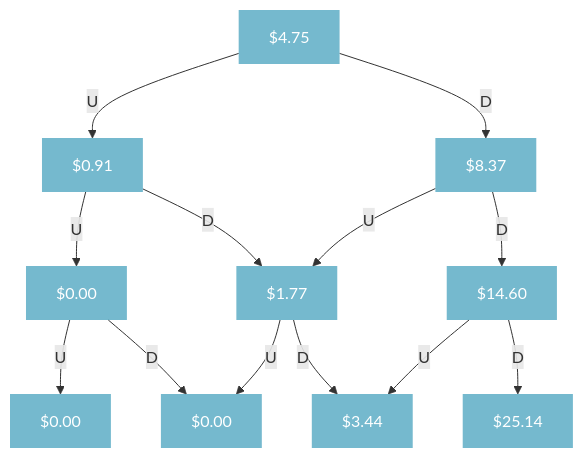
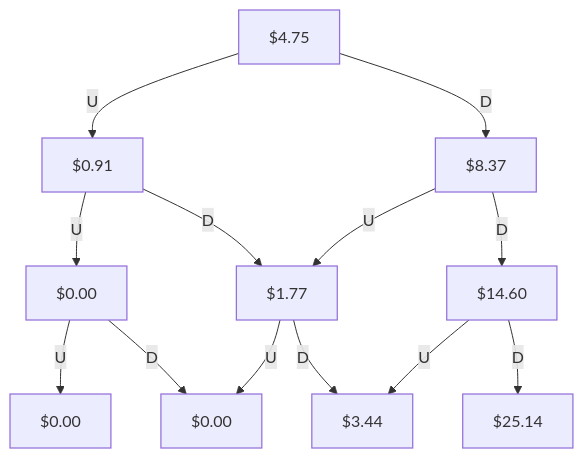
Before and after one commit to JerBouma/jerbouma.github.io: the third of 5 diagrams in _pages/articles/binomial-trees.md, drawn with Mermaid. The commit also changed other lines of this file and 6 other files, not shown here.

First line of the commit message:
Diagrams that match the site: card-style nodes, sequence diagrams for step flows (#145)

```diff
--- a/_pages/articles/binomial-trees.md
+++ b/_pages/articles/binomial-trees.md
@@ -160,16 +160,16 @@
 <div class="mermaid">
 flowchart TD;
-classDef boxfont fill:#3b9cba,stroke-width:0px,fill-opacity:0.7,color:white,radius:20px;
+classDef boxfont stroke-width:1.25px;
 Step0["$4.75"]:::boxfont -- U --> Step1["$0.91"]:::boxfont
 Step0["$4.75"] -- D --> Step2["$8.37"]:::boxfont
 Step1["$0.91"] -- U --> Step3["$0.00"]:::boxfont
 Step1["$0.91"] -- D --> Step4["$1.77"]:::boxfont
 Step2["$8.37"] -- U --> Step4["$1.77"]
 Step2["$8.37"] -- D --> Step5["$14.60"]:::boxfont
 Step3["$0.00"] -- U --> Step6["$0.00"]:::boxfont
 Step3["$0.00"] -- D --> Step7["$0.00"]:::boxfont
 Step4["$1.77"] -- U --> Step7["$0.00"]
 Step4["$1.77"] -- D --> Step8["$3.44"]:::boxfont
 Step5["$14.60"] -- U --> Step8["$3.44"]
 Step5["$14.60"] -- D --> Step9["$25.14"]:::boxfont
 </div>
```
